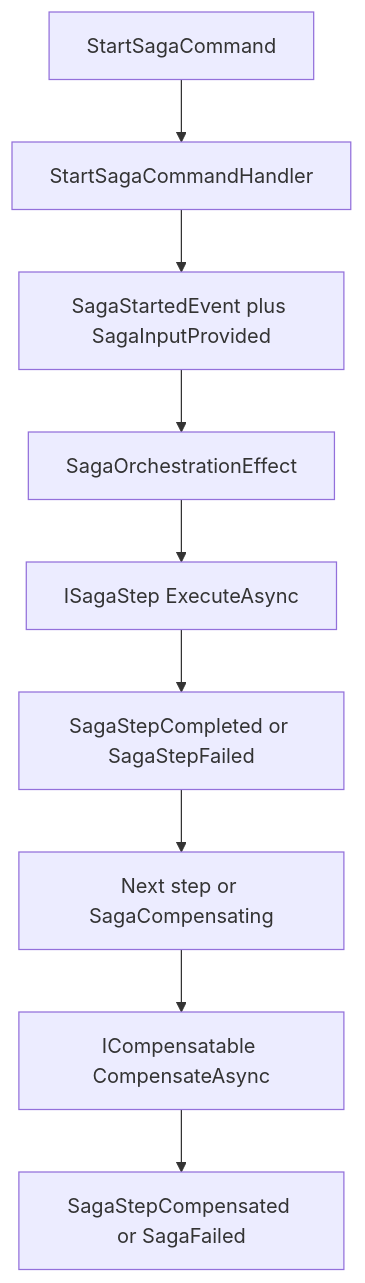
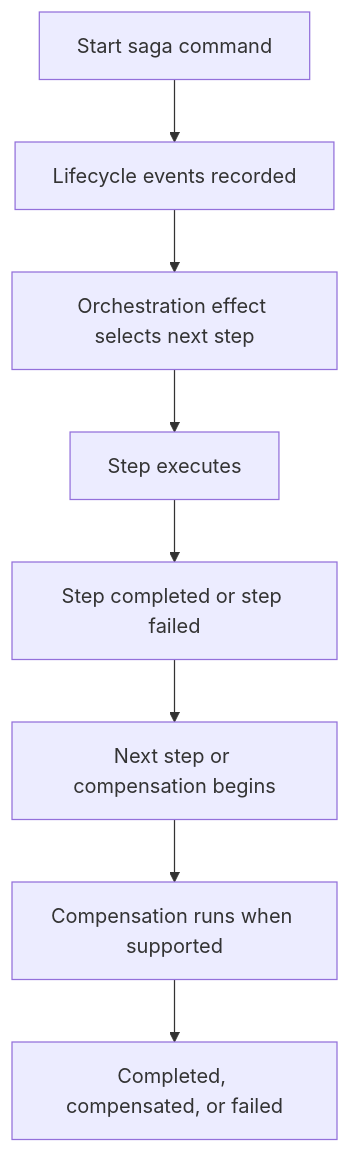
The diagram in docs/Docusaurus/docs/concepts/sagas-and-orchestration.md (Gibbs-Morris/mississippi), drawn with Mermaid before and after one commit. The commit also changed other lines of this file and 2 other files, not shown here.

Commit message:
Refine write read and saga concepts pages +semver: skip

````diff
--- a/docs/Docusaurus/docs/concepts/sagas-and-orchestration.md
+++ b/docs/Docusaurus/docs/concepts/sagas-and-orchestration.md
@@ -38,11 +40,10 @@
 ```mermaid
 flowchart TB
-    A[StartSagaCommand<TInput>] --> B[StartSagaCommandHandler]
-    B --> C[SagaStartedEvent plus SagaInputProvided<TInput>]
-    C --> D[SagaOrchestrationEffect]
-    D --> E[ISagaStep<TSaga> ExecuteAsync]
-    E --> F[SagaStepCompleted or SagaStepFailed]
-    F --> G[Next step or SagaCompensating]
-    G --> H[ICompensatable<TSaga> CompensateAsync]
-    H --> I[SagaStepCompensated or SagaFailed]
+    A[Start saga command] --> B[Lifecycle events recorded]
+    B --> C[Orchestration effect selects next step]
+    C --> D[Step executes]
+    D --> E[Step completed or step failed]
+    E --> F[Next step or compensation begins]
+    F --> G[Compensation runs when supported]
+    G --> H[Completed, compensated, or failed]
 ```
````
